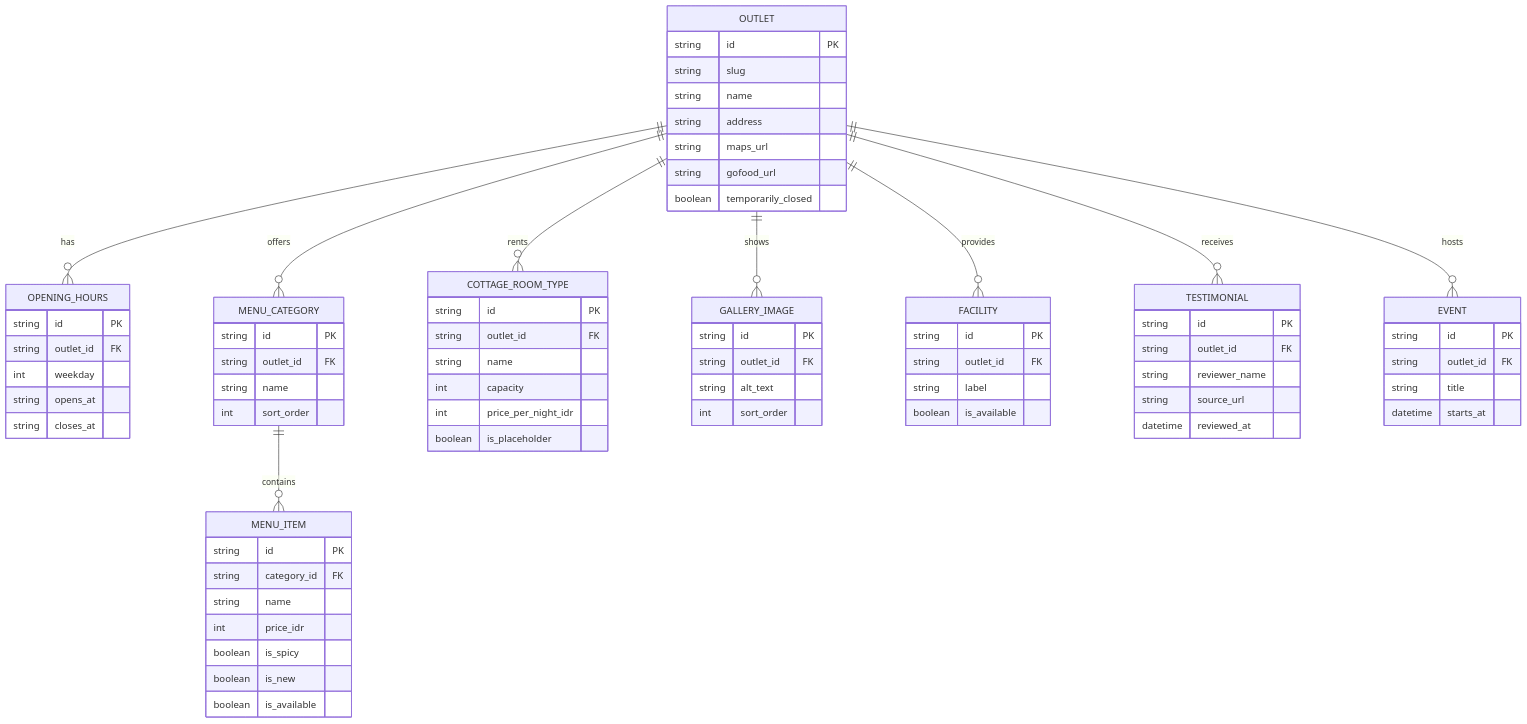
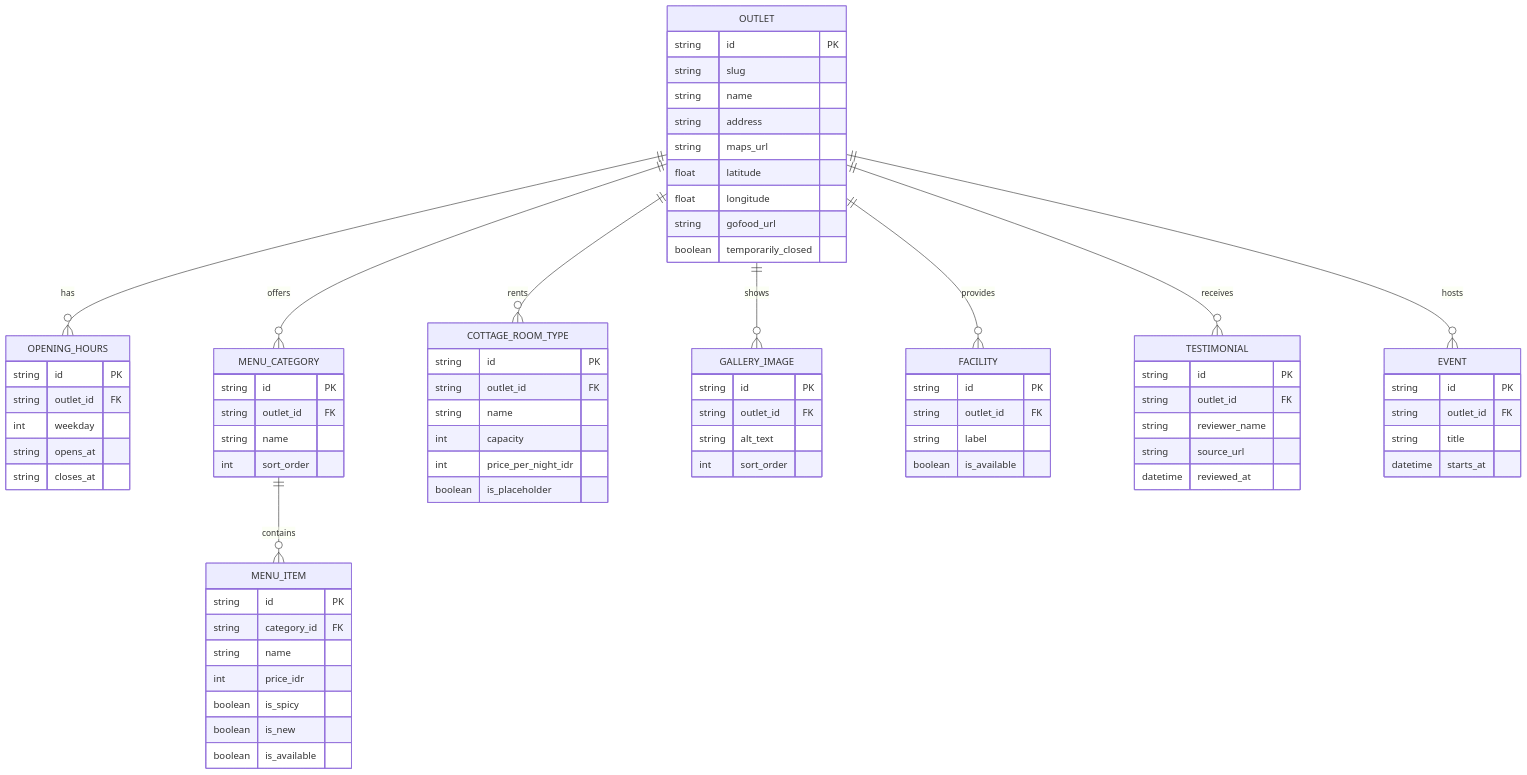
The fifth of 6 diagrams in docs/PRD-mana-social-cafe-v1.0.md (tmuhammadsanubari-cell/mana-social-cafe), drawn with Mermaid before and after one commit. The commit also changed other lines of this file and 3 other files, not shown here.

````diff
--- a/docs/PRD-mana-social-cafe-v1.0.md
+++ b/docs/PRD-mana-social-cafe-v1.0.md
@@ -737,75 +737,77 @@
 ```mermaid
 erDiagram
     OUTLET ||--o{ OPENING_HOURS : has
     OUTLET ||--o{ MENU_CATEGORY : offers
     MENU_CATEGORY ||--o{ MENU_ITEM : contains
     OUTLET ||--o{ COTTAGE_ROOM_TYPE : rents
     OUTLET ||--o{ GALLERY_IMAGE : shows
     OUTLET ||--o{ FACILITY : provides
     OUTLET ||--o{ TESTIMONIAL : receives
     OUTLET ||--o{ EVENT : hosts
     OUTLET {
         string id PK
         string slug
         string name
         string address
         string maps_url
+        float latitude
+        float longitude
         string gofood_url
         boolean temporarily_closed
     }
     OPENING_HOURS {
         string id PK
         string outlet_id FK
         int weekday
         string opens_at
         string closes_at
     }
     MENU_CATEGORY {
         string id PK
         string outlet_id FK
         string name
         int sort_order
     }
     MENU_ITEM {
         string id PK
         string category_id FK
         string name
         int price_idr
         boolean is_spicy
         boolean is_new
         boolean is_available
     }
     COTTAGE_ROOM_TYPE {
         string id PK
         string outlet_id FK
         string name
         int capacity
         int price_per_night_idr
         boolean is_placeholder
     }
     GALLERY_IMAGE {
         string id PK
         string outlet_id FK
         string alt_text
         int sort_order
     }
     FACILITY {
         string id PK
         string outlet_id FK
         string label
         boolean is_available
     }
     TESTIMONIAL {
         string id PK
         string outlet_id FK
         string reviewer_name
         string source_url
         datetime reviewed_at
     }
     EVENT {
         string id PK
         string outlet_id FK
         string title
         datetime starts_at
     }
 ```
````
